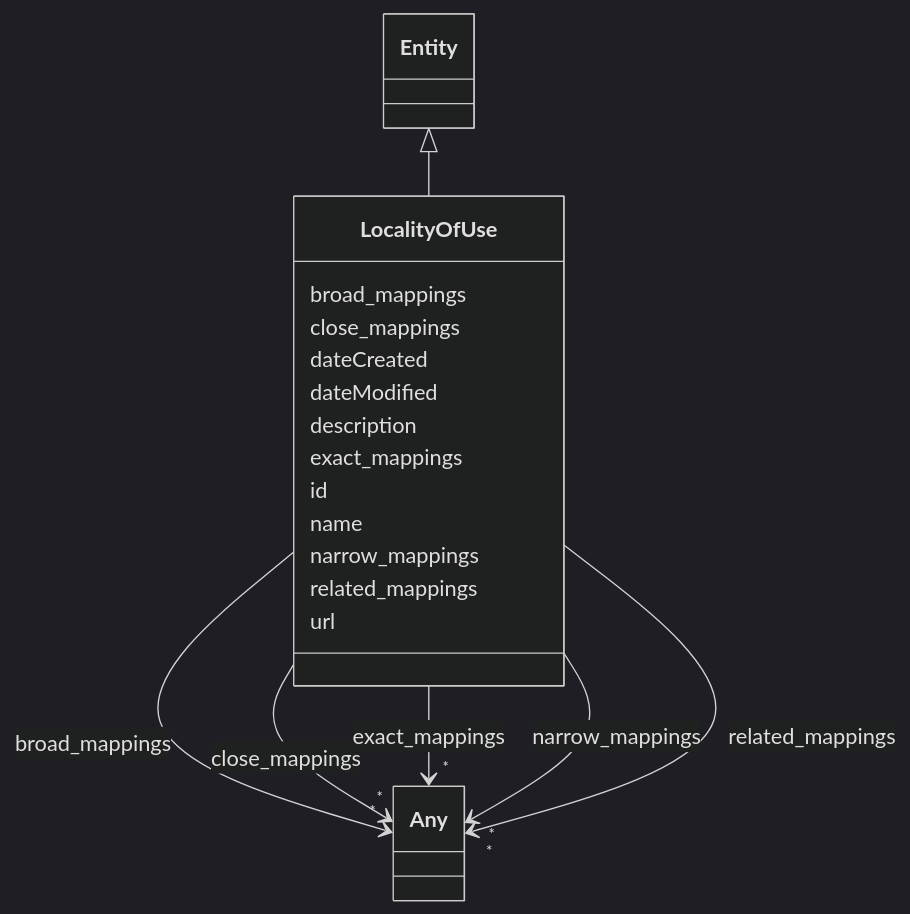
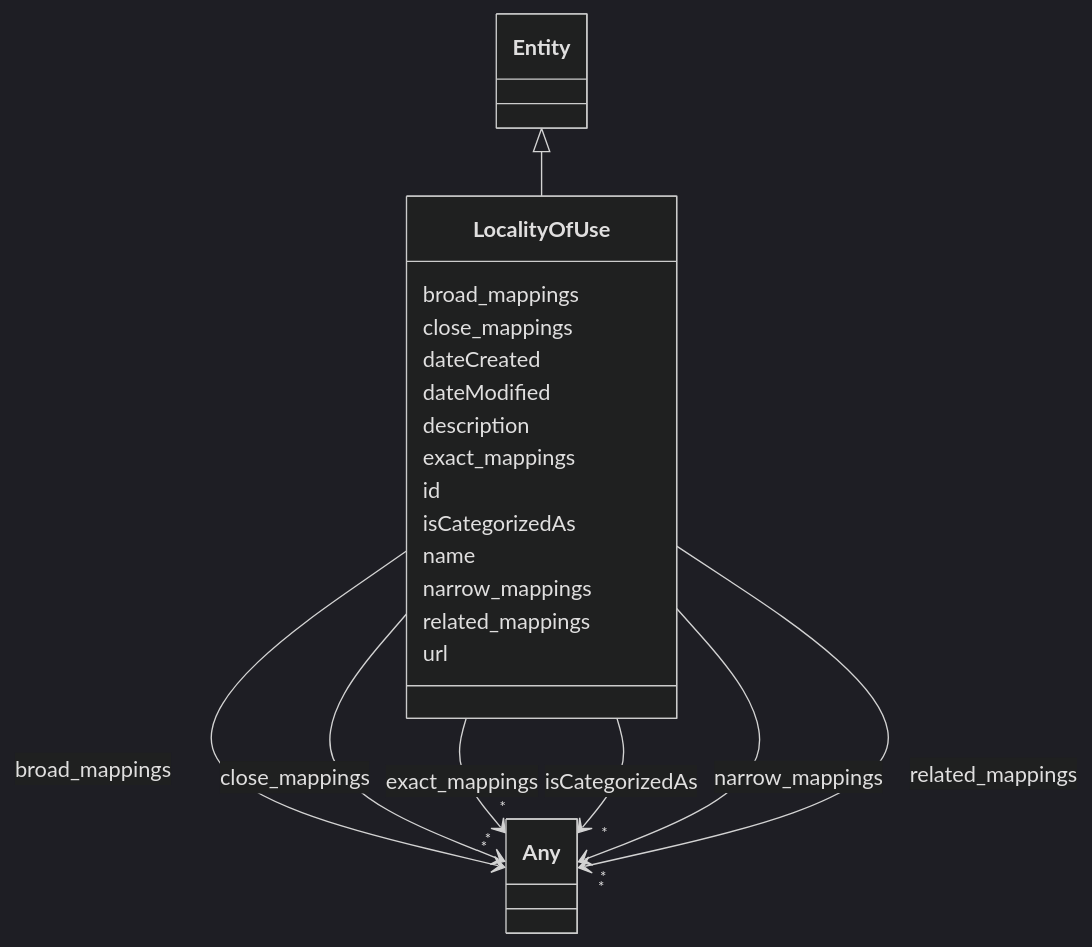
Before and after one commit to dhavalsalwala/ai-atlas-nexus-fork: the diagram in docs/ontology/LocalityOfUse.md, drawn with Mermaid (dark theme). The commit also changed other lines of this file and 130 other files, not shown here.

```diff
--- a/docs/ontology/LocalityOfUse.md
+++ b/docs/ontology/LocalityOfUse.md
@@ -52,6 +52,17 @@
 
       LocalityOfUse : id
 
+      LocalityOfUse : isCategorizedAs
+
+
+
+
+
+        LocalityOfUse --> "*" Any : isCategorizedAs
+        click Any href "../Any/"
+
+
+
       LocalityOfUse : name
 
       LocalityOfUse : narrow_mappings
```
